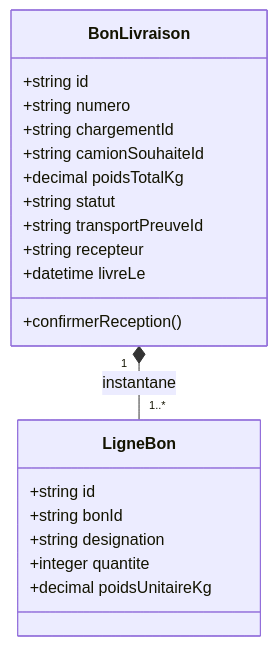
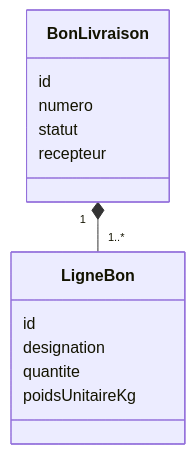
The diagram in services/bons/README.md (UssamaRei/transport-marchandises-ws), drawn with Mermaid before and after one commit. The commit also changed other lines of this file and 73 other files, not shown here.

````diff
--- a/services/bons/README.md
+++ b/services/bons/README.md
@@ -28,23 +11,16 @@
 ```mermaid
 classDiagram
     class BonLivraison {
-      +string id
-      +string numero
-      +string chargementId
-      +string camionSouhaiteId
-      +decimal poidsTotalKg
-      +string statut
-      +string transportPreuveId
-      +string recepteur
-      +datetime livreLe
-      +confirmerReception()
+      id
+      numero
+      statut
+      recepteur
     }
     class LigneBon {
-      +string id
-      +string bonId
-      +string designation
-      +integer quantite
-      +decimal poidsUnitaireKg
+      id
+      designation
+      quantite
+      poidsUnitaireKg
     }
-    BonLivraison "1" *-- "1..*" LigneBon : instantane
+    BonLivraison "1" *-- "1..*" LigneBon
 ```
````
